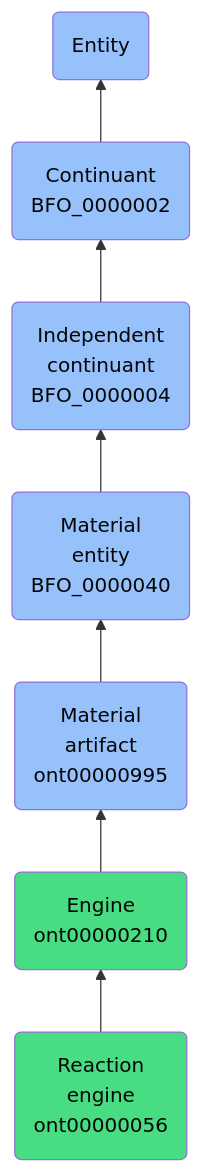
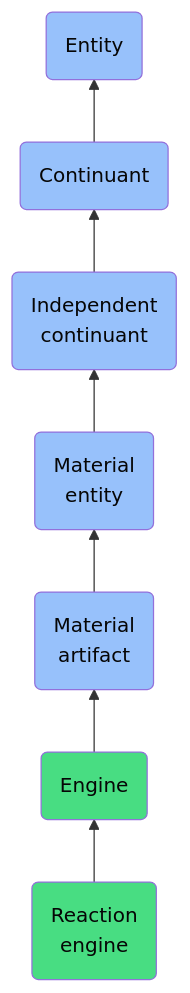
Before and after one commit to jupyter-naas/abi: the diagram in docs/ontology/reference/model/Entity/Continuant/Independent continuant/Material entity/Material artifact/Engine/Reaction engine/Reaction engine.md, drawn with Mermaid. The commit also changed other lines of this file and 1430 other files, not shown here.

````diff
--- a/docs/ontology/reference/model/Entity/Continuant/Independent continuant/Material entity/Material artifact/Engine/Reaction engine/Reaction engine.md
+++ b/docs/ontology/reference/model/Entity/Continuant/Independent continuant/Material entity/Material artifact/Engine/Reaction engine/Reaction engine.md
@@ -24,14 +24,14 @@
 ```mermaid
 graph BT
-    ont00000056(Reaction<br>engine<br>ont00000056):::ABI-->ont00000210
-    ont00000210(Engine<br>ont00000210):::ABI-->ont00000995
-    ont00000995(Material<br>artifact<br>ont00000995):::BFO-->BFO_0000040
-    BFO_0000040(Material<br>entity<br>BFO_0000040):::BFO-->BFO_0000004
-    BFO_0000004(Independent<br>continuant<br>BFO_0000004):::BFO-->BFO_0000002
-    BFO_0000002(Continuant<br>BFO_0000002):::BFO-->BFO_0000001
+    ont00000056(Reaction<br>engine):::ABI-->ont00000210
+    ont00000210(Engine):::ABI-->ont00000995
+    ont00000995(Material<br>artifact):::BFO-->BFO_0000040
+    BFO_0000040(Material<br>entity):::BFO-->BFO_0000004
+    BFO_0000004(Independent<br>continuant):::BFO-->BFO_0000002
+    BFO_0000002(Continuant):::BFO-->BFO_0000001
     BFO_0000001(Entity):::BFO
     
     classDef BFO fill:#97c1fb,color:#060606
     classDef CCO fill:#e4c51e,color:#060606
     classDef ABI fill:#48DD82,color:#060606
 ```
````
